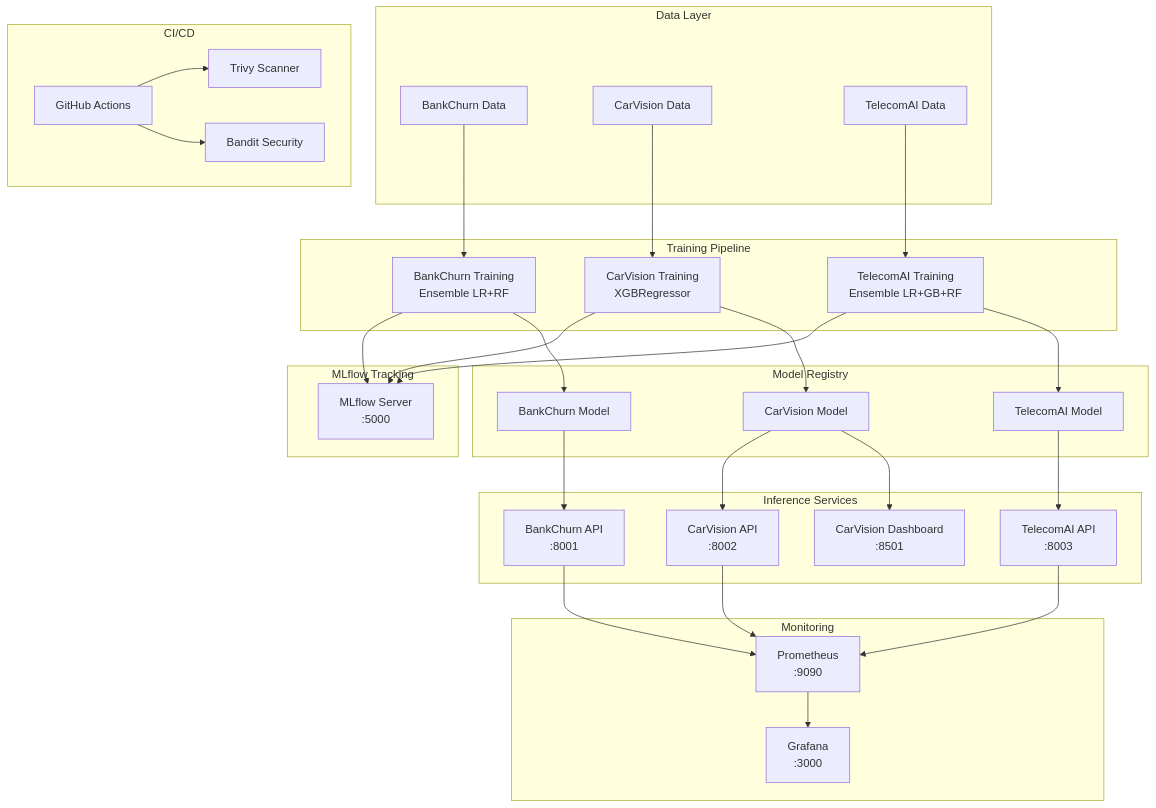
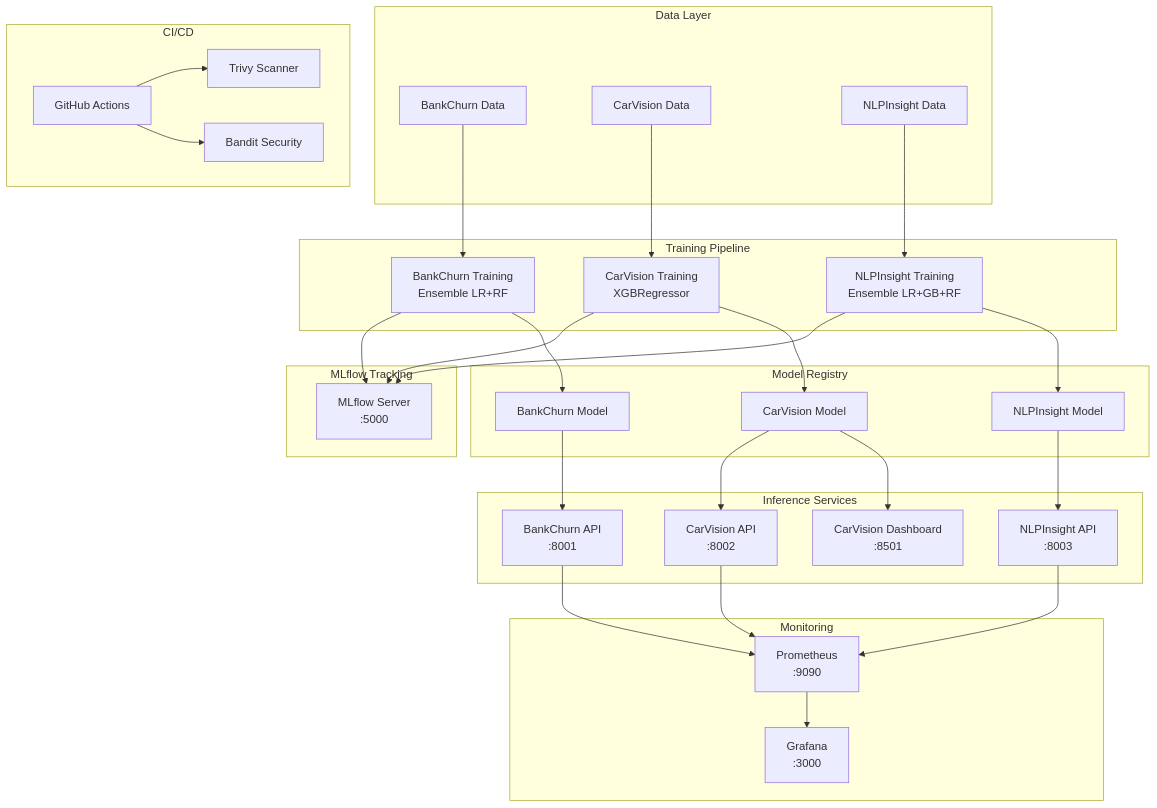
The first of 2 diagrams in docs/ARCHITECTURE_PORTFOLIO.md (DuqueOM/ML-MLOps-Portfolio), drawn with Mermaid before and after one commit. The commit also changed other lines of this file and 20 other files, not shown here.

First line of the commit message:
docs: rename TelecomAI → NLPInsight across all documentation

````diff
--- a/docs/ARCHITECTURE_PORTFOLIO.md
+++ b/docs/ARCHITECTURE_PORTFOLIO.md
@@ -29,68 +29,68 @@
 ```mermaid
 graph TB
     subgraph "Data Layer"
         D1[BankChurn Data]
         D2[CarVision Data]
-        D3[TelecomAI Data]
+        D3[NLPInsight Data]
     end
     
     subgraph "Training Pipeline"
         T1[BankChurn Training<br/>Ensemble LR+RF]
         T2[CarVision Training<br/>XGBRegressor]
-        T3[TelecomAI Training<br/>Ensemble LR+GB+RF]
+        T3[NLPInsight Training<br/>Ensemble LR+GB+RF]
     end
     
     subgraph "MLflow Tracking"
         MLF[MLflow Server<br/>:5000]
     end
     
     subgraph "Model Registry"
         M1[BankChurn Model]
         M2[CarVision Model]
-        M3[TelecomAI Model]
+        M3[NLPInsight Model]
     end
     
     subgraph "Inference Services"
         API1[BankChurn API<br/>:8001]
         API2[CarVision API<br/>:8002]
-        API3[TelecomAI API<br/>:8003]
+        API3[NLPInsight API<br/>:8003]
         DASH[CarVision Dashboard<br/>:8501]
     end
     
     subgraph "Monitoring"
         PROM[Prometheus<br/>:9090]
         GRAF[Grafana<br/>:3000]
     end
     
     subgraph "CI/CD"
         GHA[GitHub Actions]
         TRIVY[Trivy Scanner]
         BANDIT[Bandit Security]
     end
     
     D1 --> T1
     D2 --> T2
     D3 --> T3
     
     T1 --> MLF
     T2 --> MLF
     T3 --> MLF
     
     T1 --> M1
     T2 --> M2
     T3 --> M3
     
     M1 --> API1
     M2 --> API2
     M2 --> DASH
     M3 --> API3
     
     API1 --> PROM
     API2 --> PROM
     API3 --> PROM
     
     PROM --> GRAF
     
     GHA --> TRIVY
     GHA --> BANDIT
 ```
````
